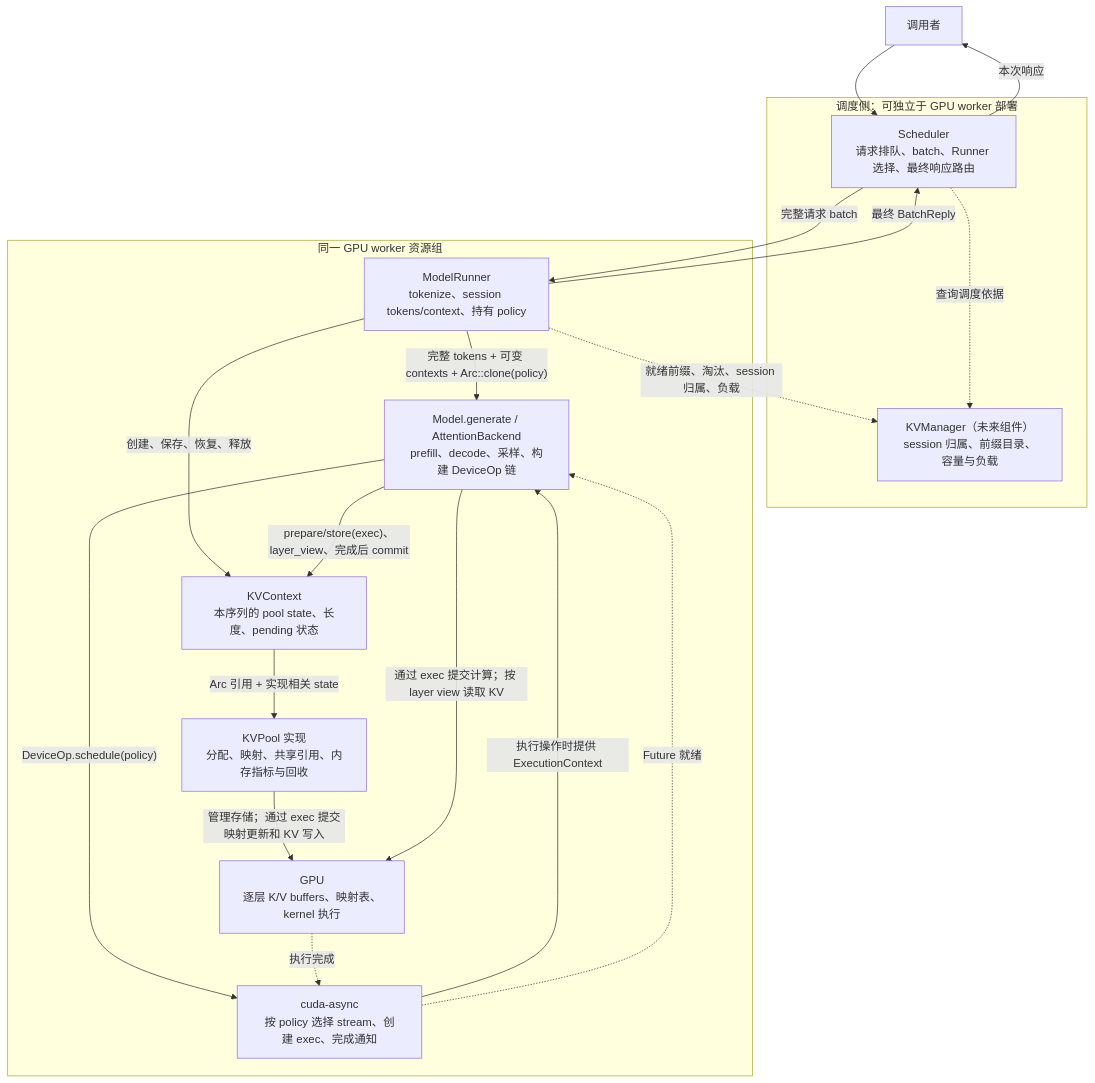
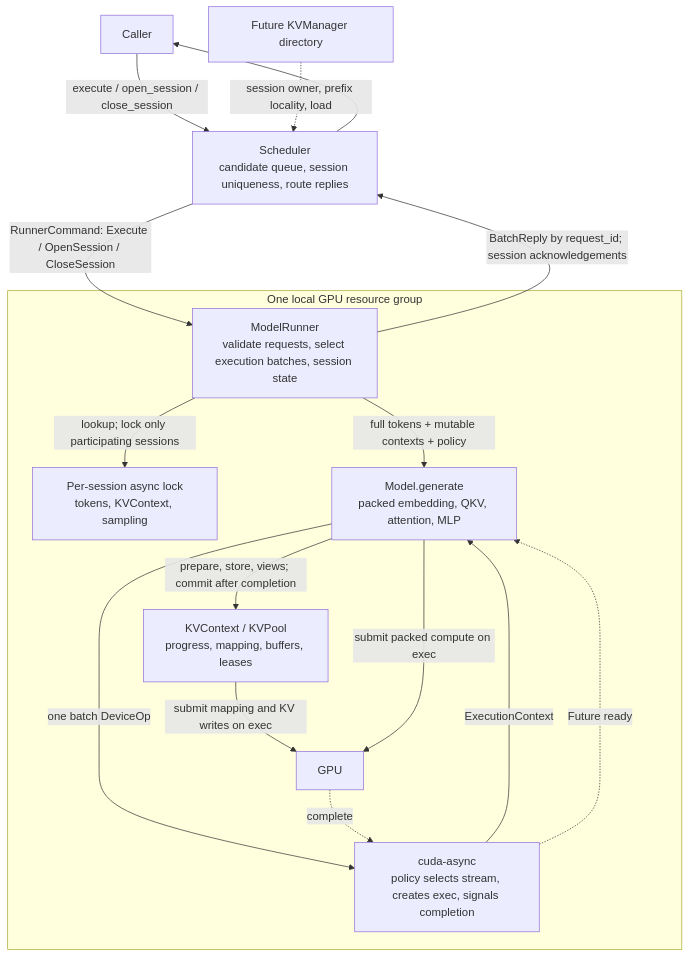
Before and after one commit to pochenai/llm-inference-lab: the first of 3 diagrams in design/spec.md, drawn with Mermaid. The commit also changed other lines of this file and 18 other files, not shown here.

First line of the commit message:
w2(feat): add attention KV caching and scheduler session lifecycle

````diff
--- a/design/spec.md
+++ b/design/spec.md
@@ -11,31 +37,25 @@
 ```mermaid
 flowchart TB
-    Caller["调用者"] --> S
-    subgraph Control["调度侧：可独立于 GPU worker 部署"]
-        S["Scheduler<br/>请求排队、batch、Runner 选择、最终响应路由"]
-        D["KVManager（未来组件）<br/>session 归属、前缀目录、容量与负载"]
-        S -.->|"查询调度依据"| D
+    Caller["Caller"] -->|"execute / open_session / close_session"| S["Scheduler<br/>candidate queue, session uniqueness, route replies"]
+    S -->|"RunnerCommand: Execute / OpenSession / CloseSession"| R
+    subgraph Worker["One local GPU resource group"]
+        R["ModelRunner<br/>validate requests, select execution batches, session state"]
+        H["Per-session async lock<br/>tokens, KVContext, sampling"]
+        M["Model.generate<br/>packed embedding, QKV, attention, MLP"]
+        K["KVContext / KVPool<br/>progress, mapping, buffers, leases"]
+        A["cuda-async<br/>policy selects stream, creates exec, signals completion"]
+        G["GPU"]
+        R -->|"lookup; lock only participating sessions"| H
+        R -->|"full tokens + mutable contexts + policy"| M
+        M -->|"prepare, store, views; commit after completion"| K
+        M -->|"one batch DeviceOp"| A
+        A -->|"ExecutionContext"| M
+        K -->|"submit mapping and KV writes on exec"| G
+        M -->|"submit packed compute on exec"| G
+        G -.->|"complete"| A
+        A -.->|"Future ready"| M
     end
-    subgraph Worker["同一 GPU worker 资源组"]
-        R["ModelRunner<br/>tokenize、session tokens/context、持有 policy"]
-        M["Model.generate / AttentionBackend<br/>prefill、decode、采样、构建 DeviceOp 链"]
-        C["KVContext<br/>本序列的 pool state、长度、pending 状态"]
-        P["KVPool 实现<br/>分配、映射、共享引用、内存指标与回收"]
-        A["cuda-async<br/>按 policy 选择 stream、创建 exec、完成通知"]
-        G["GPU<br/>逐层 K/V buffers、映射表、kernel 执行"]
-        R -->|"完整 tokens + 可变 contexts + Arc::clone(policy)"| M
-        R -->|"创建、保存、恢复、释放"| C
-        M -->|"prepare/store(exec)、layer_view、完成后 commit"| C
-        C -->|"Arc 引用 + 实现相关 state"| P
-        M -->|"DeviceOp.schedule(policy)"| A
-        A -->|"执行操作时提供 ExecutionContext"| M
-        P -->|"管理存储；通过 exec 提交映射更新和 KV 写入"| G
-        M -->|"通过 exec 提交计算；按 layer view 读取 KV"| G
-        G -.->|"执行完成"| A
-        A -.->|"Future 就绪"| M
-    end
-    S -->|"完整请求 batch"| R
-    R -->|"最终 BatchReply"| S
-    S -->|"本次响应"| Caller
-    R -.->|"就绪前缀、淘汰、session 归属、负载"| D
+    R -->|"BatchReply by request_id; session acknowledgements"| S
+    S --> Caller
+    D["Future KVManager directory"] -.->|"session owner, prefix locality, load"| S
 ```
````
